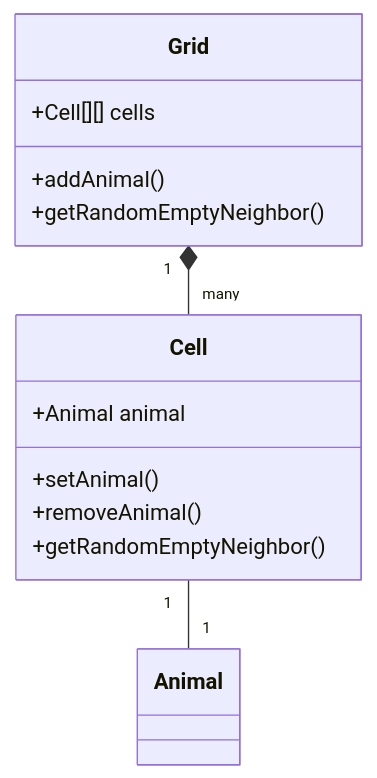
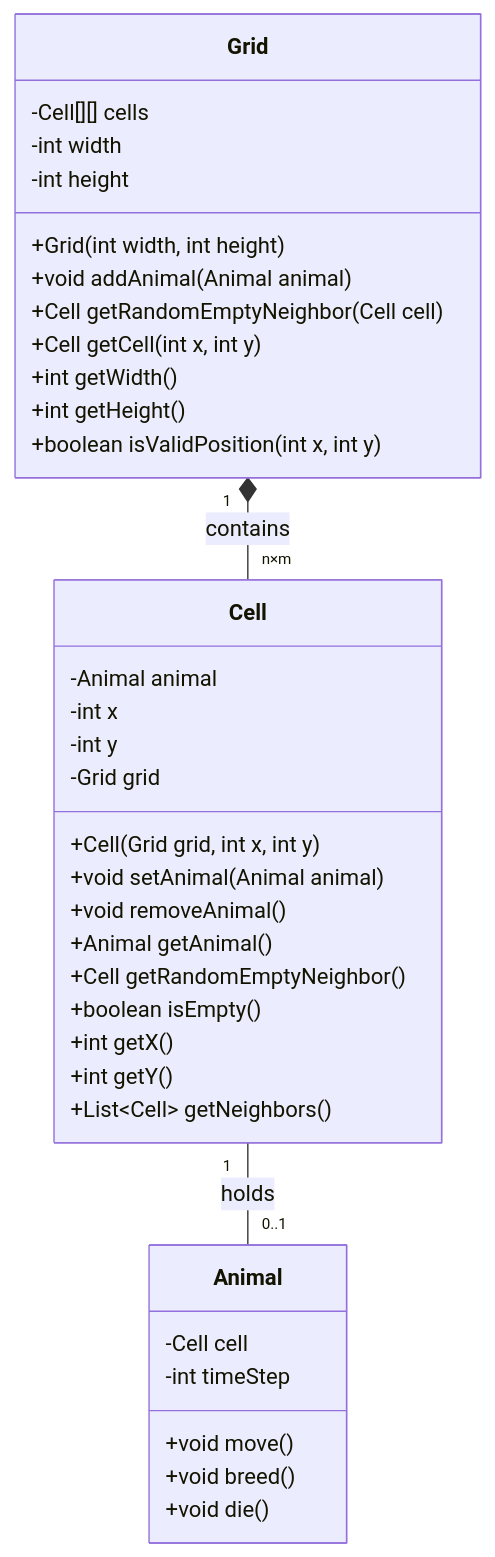
The second of 4 diagrams in README.md (MorfidisJ/FoxesVSRabbits-Java), drawn with Mermaid before and after one commit. The commit also changed other lines of this file, not shown here.

````diff
--- a/README.md
+++ b/README.md
@@ -61,16 +113,46 @@
 ```mermaid
 classDiagram
-    Grid "1" *-- "many" Cell
-    Cell "1" -- "1" Animal
+    %% Grid System
+    Grid "1" *-- "n×m" Cell : contains
+    Cell "1" -- "0..1" Animal : holds
+    
+    %% Grid Details
     class Grid {
-        +Cell[][] cells
-        +addAnimal()
-        +getRandomEmptyNeighbor()
+        -Cell[][] cells
+        -int width
+        -int height
+        +Grid(int width, int height)
+        +void addAnimal(Animal animal)
+        +Cell getRandomEmptyNeighbor(Cell cell)
+        +Cell getCell(int x, int y)
+        +int getWidth()
+        +int getHeight()
+        +boolean isValidPosition(int x, int y)
     }
+    
+    %% Cell Details
     class Cell {
-        +Animal animal
-        +setAnimal()
-        +removeAnimal()
-        +getRandomEmptyNeighbor()
+        -Animal animal
+        -int x
+        -int y
+        -Grid grid
+        +Cell(Grid grid, int x, int y)
+        +void setAnimal(Animal animal)
+        +void removeAnimal()
+        +Animal getAnimal()
+        +Cell getRandomEmptyNeighbor()
+        +boolean isEmpty()
+        +int getX()
+        +int getY()
+        +List~Cell~ getNeighbors()
+    }
+    
+    %% Animal Details
+    class Animal {
+        -Cell cell
+        -int timeStep
+        +void move()
+        +void breed()
+        +void die()
     }
 ```
````
